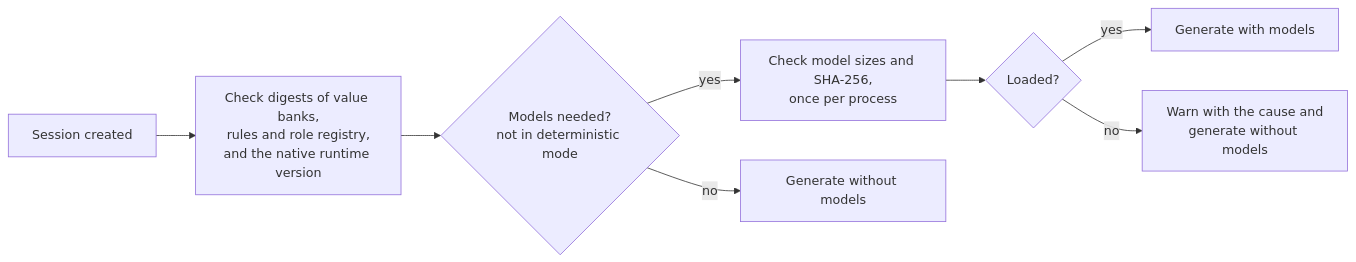
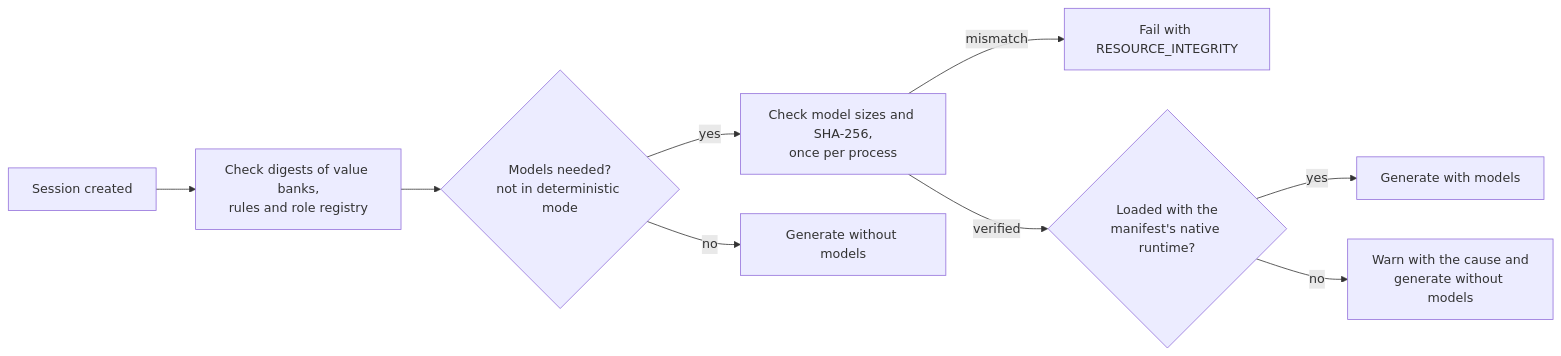
One commit to SAP/open-ux-tools changed the sixth of 6 diagrams in packages/mock-data-generator/README.md. Above: the diagram before and after it, drawn with Mermaid. The commit also changed other lines of this file and 4 other files, not shown here.

````diff
--- a/packages/mock-data-generator/README.md
+++ b/packages/mock-data-generator/README.md
@@ -235,10 +239,11 @@
 ```mermaid
 flowchart LR
-    A["Session created"] --> B["Check digests of value banks,<br/>rules and role registry,<br/>and the native runtime version"]
+    A["Session created"] --> B["Check digests of value banks,<br/>rules and role registry"]
     B --> C{"Models needed?<br/>not in deterministic mode"}
     C -- yes --> D["Check model sizes and SHA-256,<br/>once per process"]
-    D --> E{"Loaded?"}
+    D -- mismatch --> X["Fail with RESOURCE_INTEGRITY"]
+    D -- verified --> E{"Loaded with the<br/>manifest's native runtime?"}
     E -- yes --> F["Generate with models"]
     E -- no --> G["Warn with the cause and<br/>generate without models"]
     C -- no --> H["Generate without models"]
 ```
````
